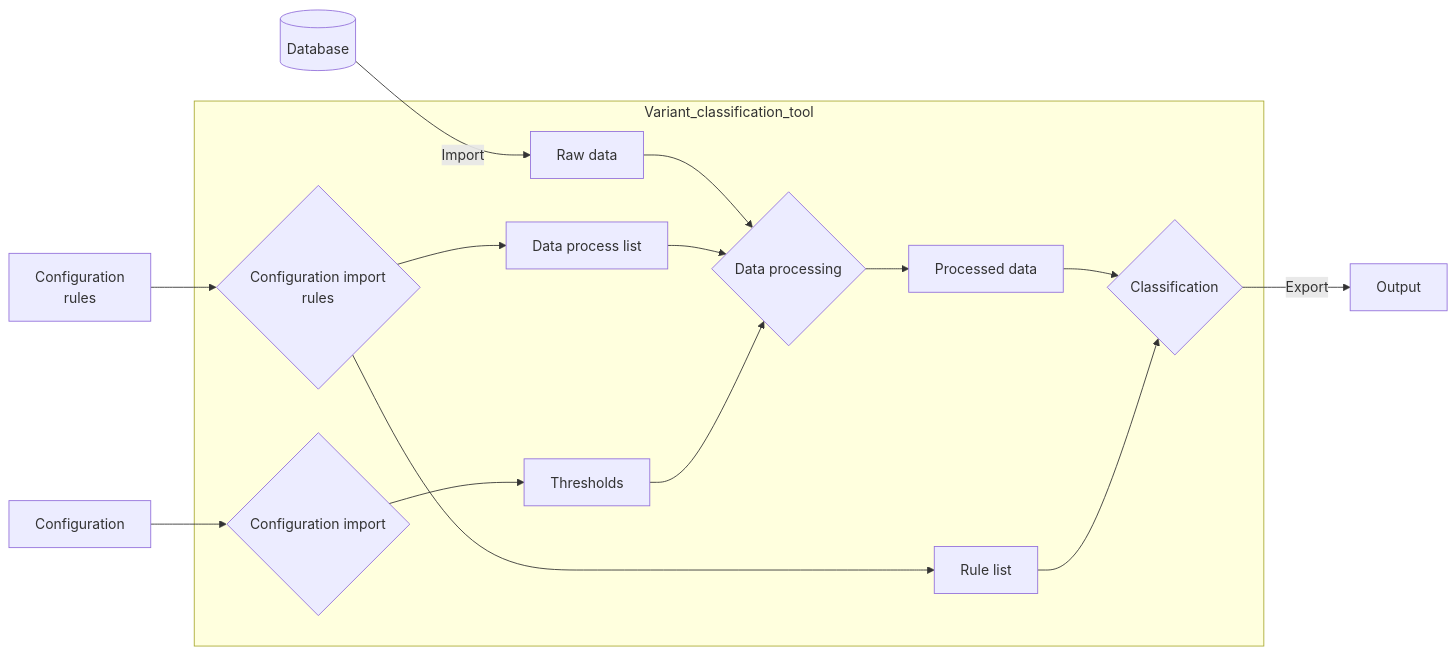
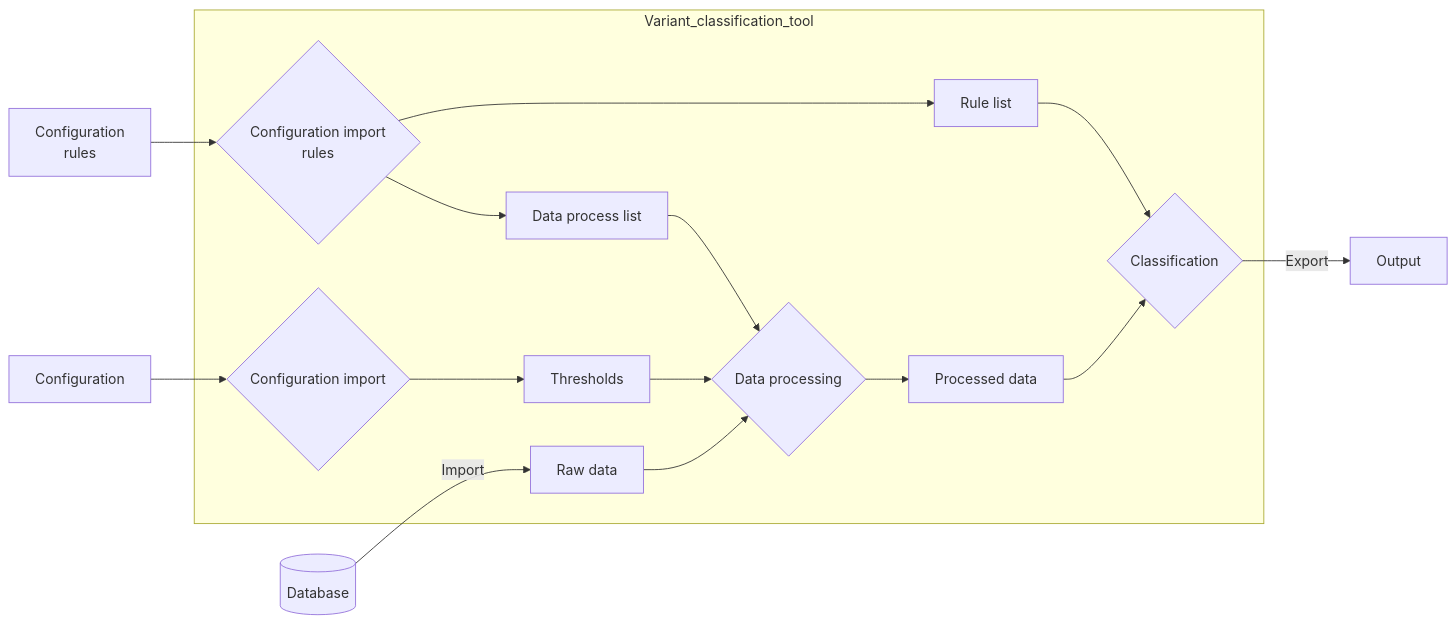
Before and after one commit to akatzke/HerediClassify: the first of 14 diagrams in Software_design/Mermaid.org, drawn with Mermaid. The commit also changed other lines of this file and 8 other files, not shown here.

```diff
--- a/Software_design/Mermaid.org
+++ b/Software_design/Mermaid.org
@@ -6,20 +6,20 @@
 #+begin_src mermaid :file overview.png
 flowchart LR
     DB[(Database)] -->|Import| RD[Raw data]
+    C["Configuration"] --> CI{"Configuration import"}
     CR["Configuration
    rules"] --> CIR{"Configuration import
    rules"}
-    C["Configuration"] --> CI{"Configuration import"}
     CL --> |Export| Output
     subgraph Variant_classification_tool
-    RD -->DP{Data processing}
-    DP --> PD[Processed data]
-    CIR --> PL[Data process list]
-    CIR --> RL[Rule list]
-    PL --> DP
-    PD --> CL{Classification}
-    RL --> CL
-    CI --> T[Thresholds]
-    T --> DP
+        CI --> T[Thresholds]
+        RD -->DP{Data processing}
+        DP --> PD[Processed data]
+        CIR --> PL[Data process list]
+        CIR --> RL[Rule list]
+        PL --> DP
+        PD --> CL{Classification}
+        RL --> CL
+        T --> DP
     end
 #+end_src
```
